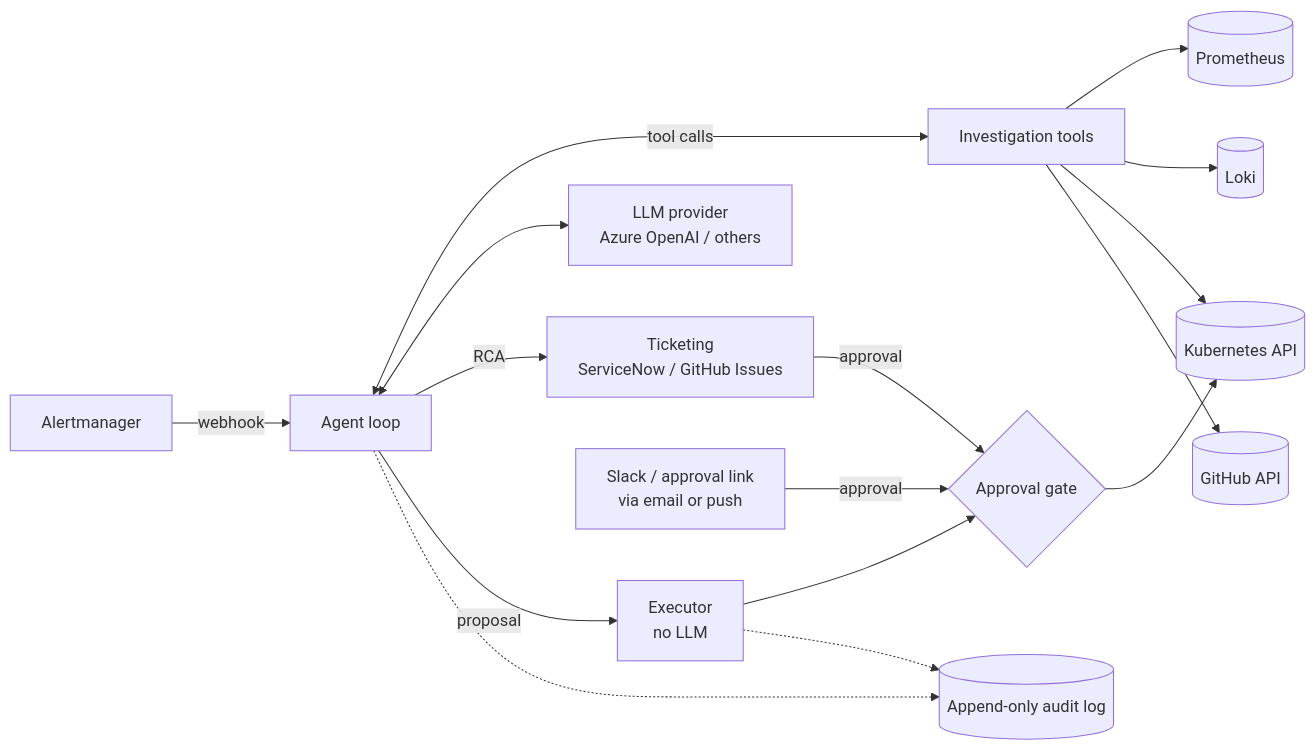
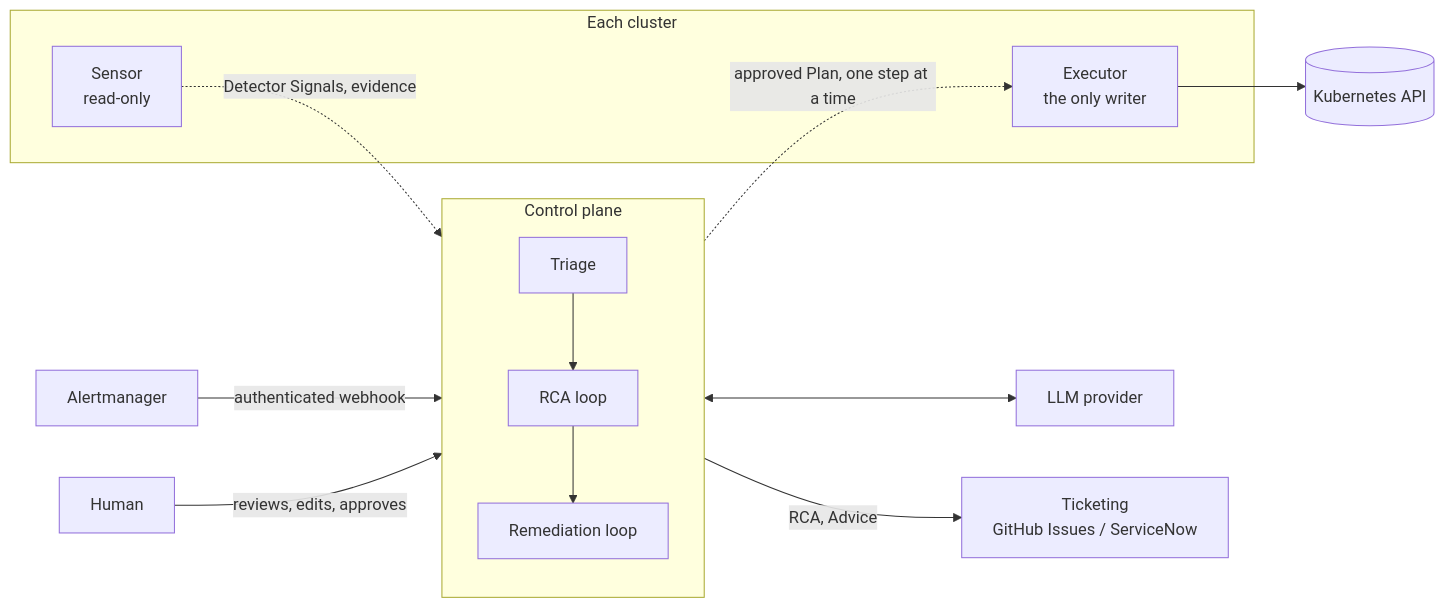
The diagram in README.md (itsankoff/incident-copilot), drawn with Mermaid before and after one commit. The commit also changed other lines of this file, not shown here.

````diff
--- a/README.md
+++ b/README.md
@@ -25,18 +26,17 @@
 ```mermaid
 flowchart LR
-    AM[Alertmanager] -- webhook --> AG[Agent loop]
-    AG <-- tool calls --> TOOLS[Investigation tools]
-    TOOLS --> PROM[(Prometheus)]
-    TOOLS --> LOKI[(Loki)]
-    TOOLS --> K8S[(Kubernetes API)]
-    TOOLS --> GH[(GitHub API)]
-    AG <--> LLM[LLM provider<br/>Azure OpenAI / others]
-    AG -- RCA --> TKT[Ticketing<br/>ServiceNow / GitHub Issues]
-    AG -- proposal --> EX[Executor<br/>no LLM]
-    EX --> GATE{Approval gate}
-    TKT -- approval --> GATE
-    CH[Slack / approval link<br/>via email or push] -- approval --> GATE
-    GATE --> K8S
-    AG -.-> AUDIT[(Append-only audit log)]
-    EX -.-> AUDIT
+    AM[Alertmanager] -- authenticated webhook --> CP
+    subgraph CP[Control plane]
+        TR[Triage] --> RCA[RCA loop] --> REM[Remediation loop]
+    end
+    CP <--> LLM[LLM provider]
+    CP -- RCA, Advice --> TKT[Ticketing<br/>GitHub Issues / ServiceNow]
+    H[Human] -- reviews, edits, approves --> CP
+    subgraph LOC[Each cluster]
+        SEN[Sensor<br/>read-only]
+        EX[Executor<br/>the only writer]
+    end
+    SEN -. Detector Signals, evidence .-> CP
+    CP -. approved Plan, one step at a time .-> EX
+    EX --> K8S[(Kubernetes API)]
 ```
````
